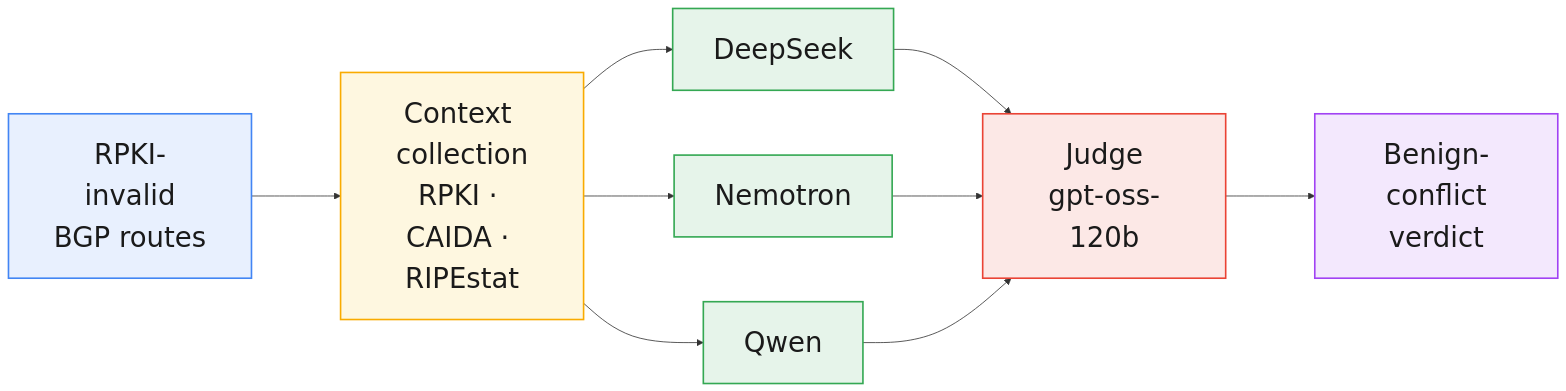
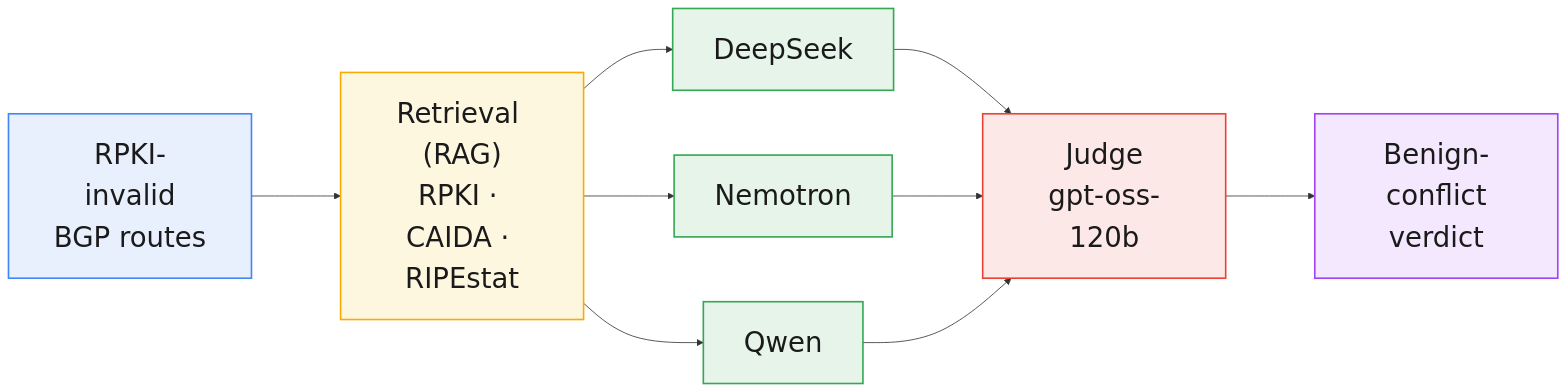
Before and after one commit to zsjstart/LLMOV: the diagram in README.md, drawn with Mermaid. The commit also changed other lines of this file, not shown here.

Commit message:
Document the RAG-based context retrieval in the README

````diff
--- a/README.md
+++ b/README.md
@@ -15,27 +17,27 @@
 ```mermaid
 %%{init: {"flowchart": {"nodeSpacing": 80, "rankSpacing": 110, "padding": 25}, "themeVariables": {"fontSize": "34px"}}}%%
 flowchart LR
-    A["RPKI-invalid<br/>BGP routes"] --> B["Context collection<br/>RPKI · CAIDA · RIPEstat"]
+    A["RPKI-invalid<br/>BGP routes"] --> B["Retrieval (RAG)<br/>RPKI · CAIDA · RIPEstat"]
 
     B --> C1["DeepSeek"]
     B --> C2["Nemotron"]
     B --> C3["Qwen"]
 
     C1 --> D["Judge<br/>gpt-oss-120b"]
     C2 --> D
     C3 --> D
 
     D --> E["Benign-conflict<br/>verdict"]
 
     classDef input fill:#e8f0fe,stroke:#4285f4,stroke-width:2px,color:#1a1a1a;
     classDef context fill:#fef7e0,stroke:#f9ab00,stroke-width:2px,color:#1a1a1a;
     classDef model fill:#e6f4ea,stroke:#34a853,stroke-width:2px,color:#1a1a1a;
     classDef judge fill:#fce8e6,stroke:#ea4335,stroke-width:2px,color:#1a1a1a;
     classDef output fill:#f3e8fd,stroke:#a142f4,stroke-width:2px,color:#1a1a1a;
 
     class A input;
     class B context;
     class C1,C2,C3 model;
     class D judge;
     class E output;
 ```
````
